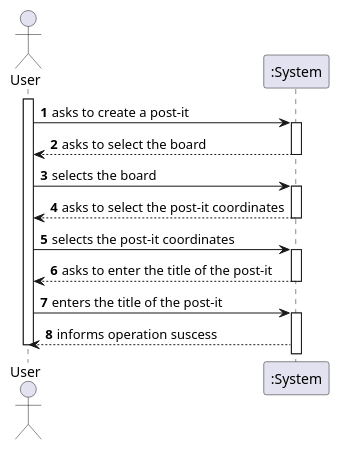
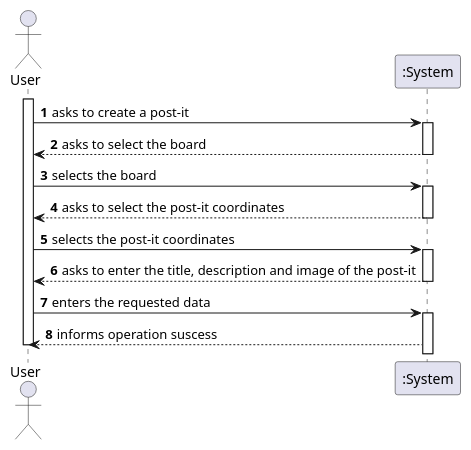
The diagram in docs/sprint-c/us31-3006/US3006_SSD.puml (miseEnPlace-dev/lapr4), drawn with PlantUML before and after one commit. The commit also changed 6 other files, not shown here.

Commit message:
docs: updated diagrams (#54)

```diff
--- a/docs/sprint-c/us31-3006/US3006_SSD.puml
+++ b/docs/sprint-c/us31-3006/US3006_SSD.puml
@@ -1,34 +1,34 @@
 @startuml US3006_SSD
 
 autonumber
 
 actor U as "User"
 
 activate U
 
 U -> ":System" : asks to create a post-it
 activate ":System"
 
 ":System" --> U : asks to select the board
 deactivate ":System"
 
 U -> ":System" : selects the board
 activate ":System"
 
 ":System" --> U : asks to select the post-it coordinates
 deactivate ":System"
 
 U -> ":System" :  selects the post-it coordinates
 activate ":System"
 
-":System" --> U : asks to enter the title of the post-it
+":System" --> U : asks to enter the title, description and image of the post-it
 deactivate ":System"
 
-U -> ":System" :  enters the title of the post-it
+U -> ":System" :  enters the requested data
 activate ":System"
 
 ":System" --> U : informs operation suscess
 
 deactivate U
 
 @enduml
```
